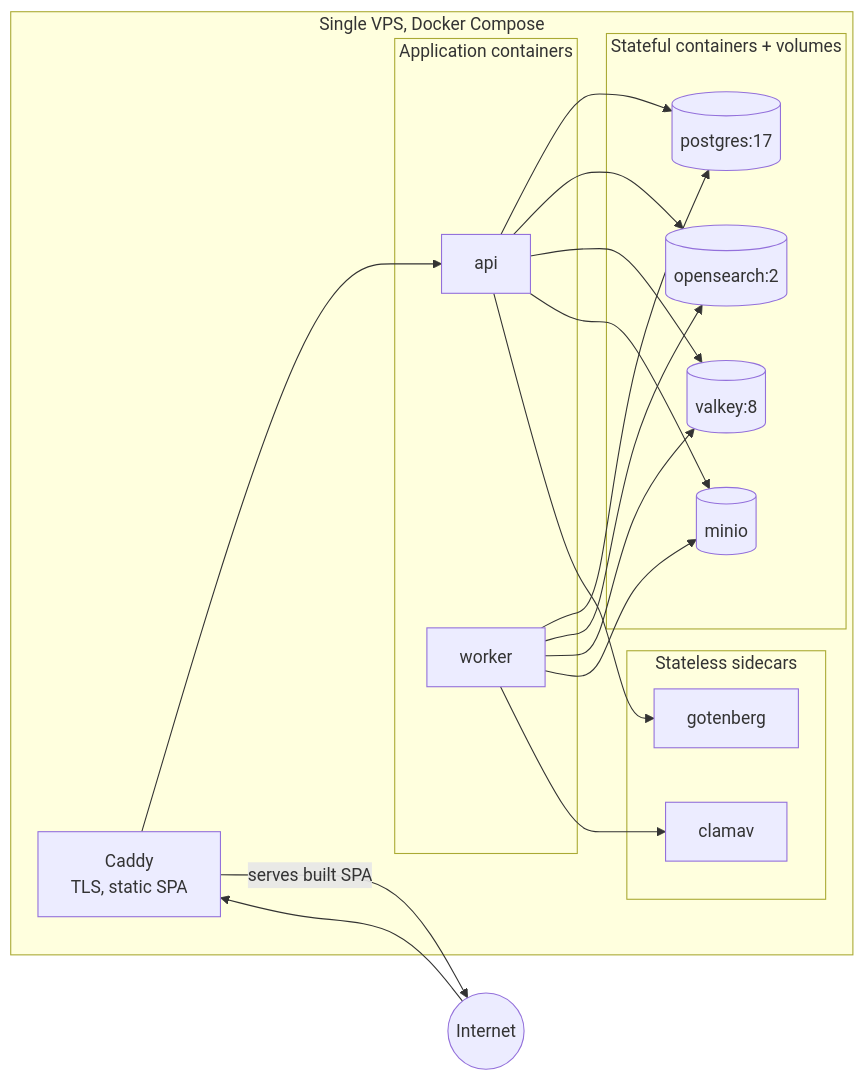
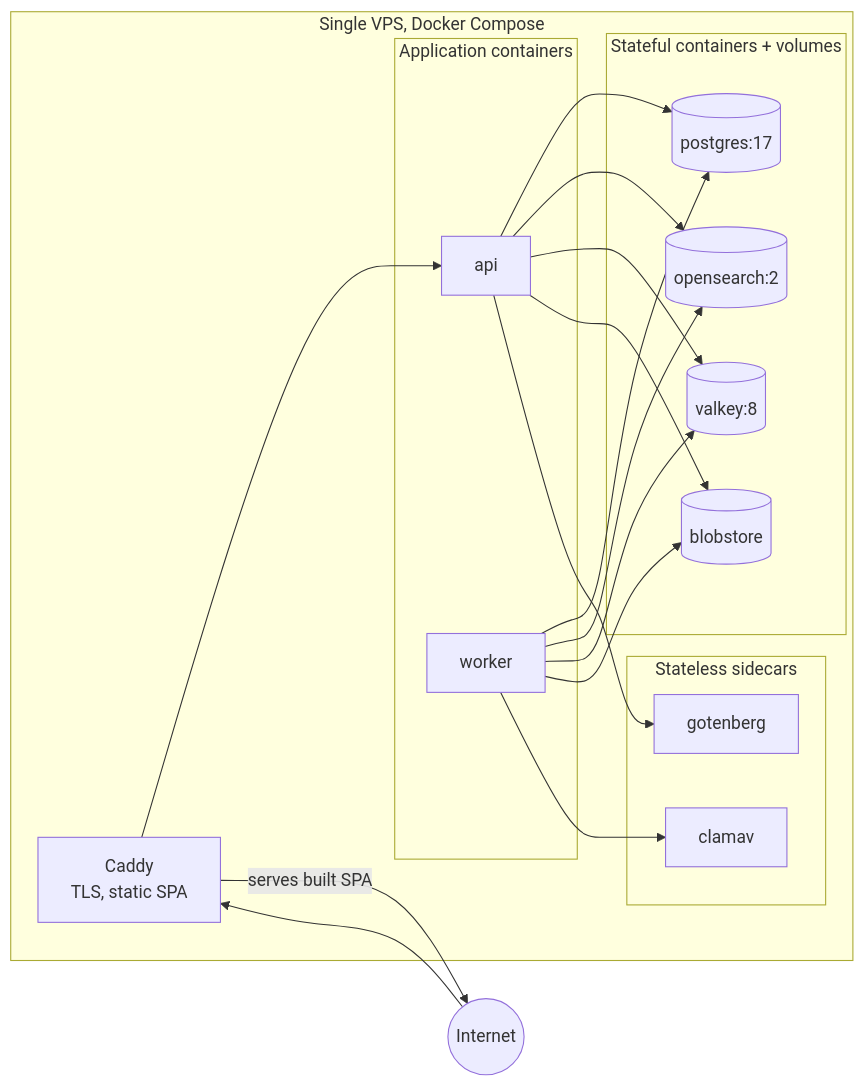
Before and after one commit to PT-Perkasa-Pilar-Utama/fileplume: the third of 3 diagrams in docs/technical-specs/02-system-architecture.md, drawn with Mermaid. The commit also changed other lines of this file and 28 other files, not shown here.

````diff
--- a/docs/technical-specs/02-system-architecture.md
+++ b/docs/technical-specs/02-system-architecture.md
@@ -133,26 +133,26 @@
 ```mermaid
 graph LR
   subgraph VPS["Single VPS, Docker Compose"]
     subgraph app["Application containers"]
       A1[api]
       W1[worker]
     end
     subgraph data["Stateful containers + volumes"]
       P[(postgres:17)]
       O[(opensearch:2)]
       V[(valkey:8)]
-      MI[(minio)]
+      MI[(blobstore)]
     end
     subgraph side["Stateless sidecars"]
       C[clamav]
       G[gotenberg]
     end
     CAD[Caddy<br/>TLS, static SPA]
   end
 
   NET((Internet)) --> CAD
   CAD --> A1
   CAD -->|serves built SPA| NET
   A1 --> P & O & V & MI & G
   W1 --> P & O & V & MI & C
 ```
````
